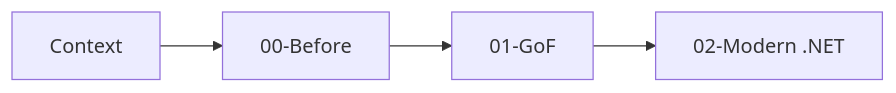
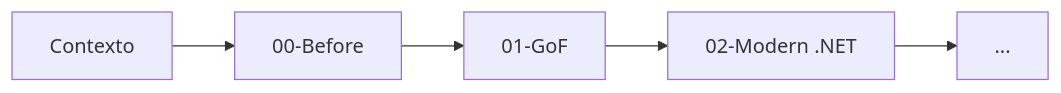
Before and after one commit to Leo-M-Pereira/design-patterns-dotnet: the first of 2 diagrams in src/Creational/FactoryMethod/README.md, drawn with Mermaid. The commit also changed other lines of this file, not shown here.

````diff
--- a/src/Creational/FactoryMethod/README.md
+++ b/src/Creational/FactoryMethod/README.md
@@ -39,6 +39,7 @@
 ```mermaid
 flowchart LR
-    A[Context] --> B[00-Before]
+    A[Contexto] --> B[00-Before]
     B --> C[01-GoF]
     C --> D[02-Modern .NET]
+    D --> E[...]
 ```
````
